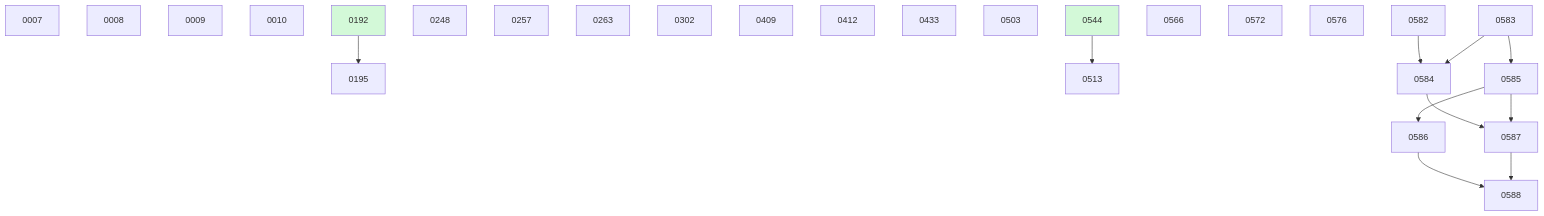
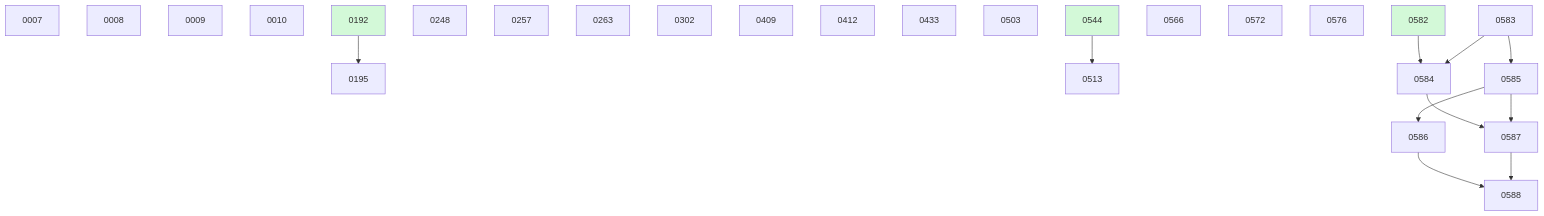
Before and after one commit to danielhanold/docket: the diagram in docs/changes/BOARD.md, drawn with Mermaid. The commit also changed other lines of this file and 4 other files, not shown here.

````diff
--- a/docs/changes/BOARD.md
+++ b/docs/changes/BOARD.md
@@ -44,33 +38,33 @@
 ```mermaid
 graph TD
   0007
   0008
   0009
   0010
   0192 --> 0195
   0248
   0257
   0263
   0302
   0409
   0412
   0433
   0503
   0544 --> 0513
   0566
   0572
   0576
-  0582
   0583
   0582 --> 0584
   0583 --> 0584
   0583 --> 0585
   0585 --> 0586
   0584 --> 0587
   0585 --> 0587
   0586 --> 0588
   0587 --> 0588
   0192:::done
   0544:::done
+  0582:::done
   classDef done fill:#d3f9d8;
 ```
````
